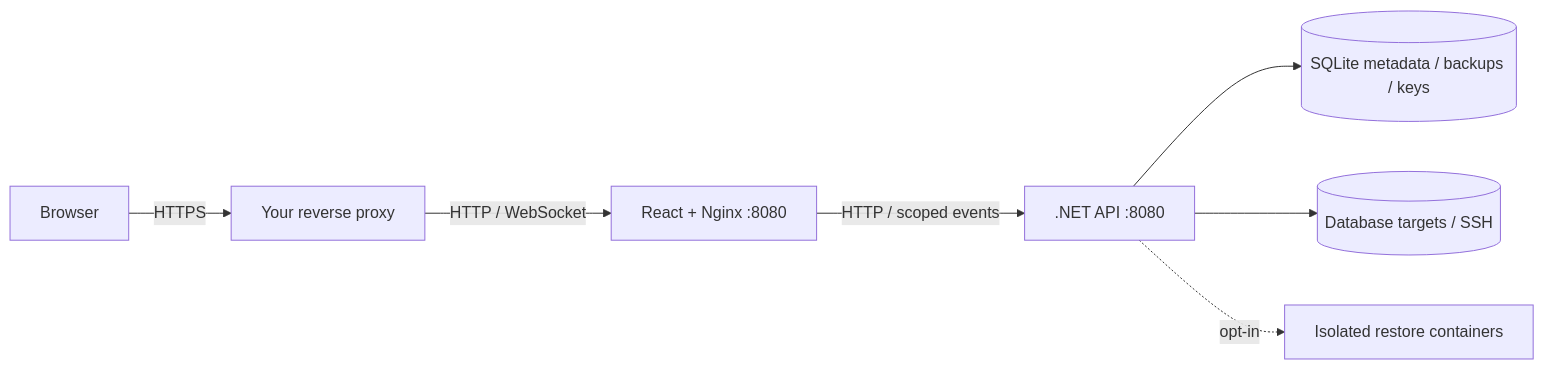
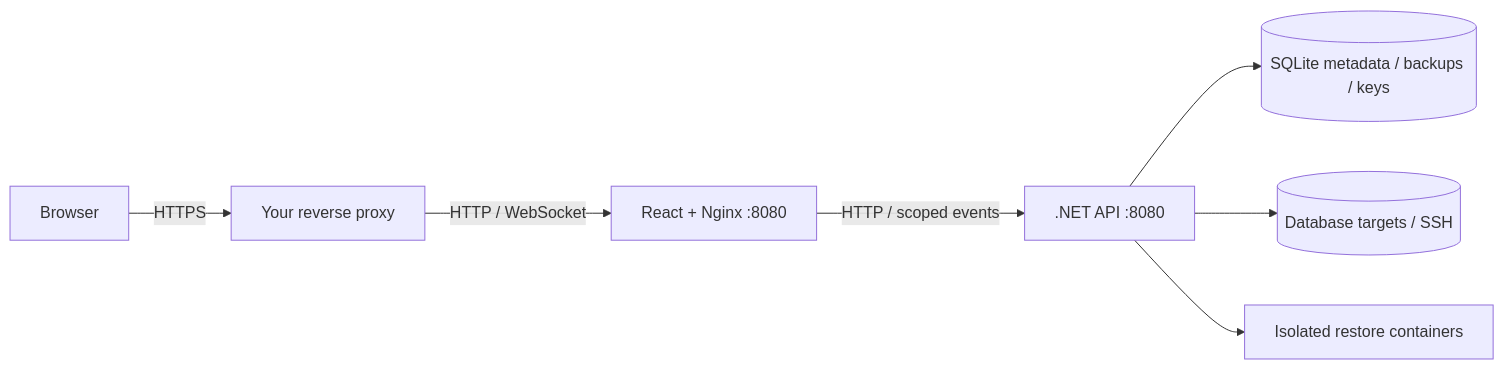
Before and after one commit to Lewan24/OctoBackup: the diagram in README.md, drawn with Mermaid. The commit also changed other lines of this file and 18 other files, not shown here.

````diff
--- a/README.md
+++ b/README.md
@@ -119,9 +133,9 @@
 ```mermaid
 flowchart LR
     Browser -->|HTTPS| Proxy[Your reverse proxy]
     Proxy -->|HTTP / WebSocket| Web[React + Nginx :8080]
     Web -->|HTTP / scoped events| API[.NET API :8080]
     API --> Data[(SQLite metadata / backups / keys)]
     API --> Sources[(Database targets / SSH)]
-    API -. opt-in .-> Tests[Isolated restore containers]
+    API --> Tests[Isolated restore containers]
 ```
````
